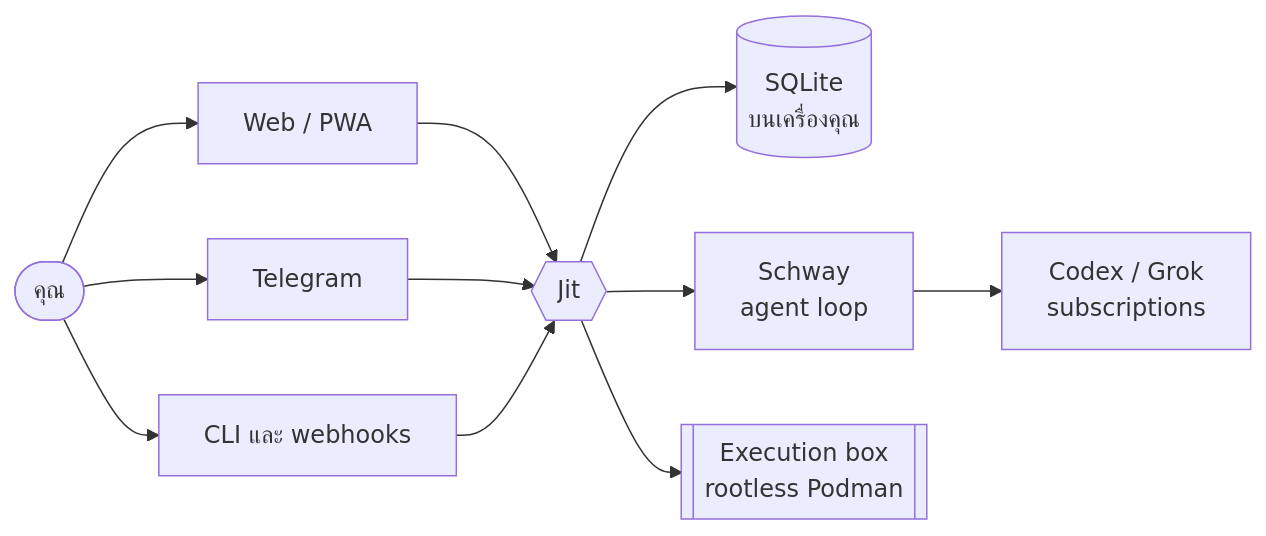
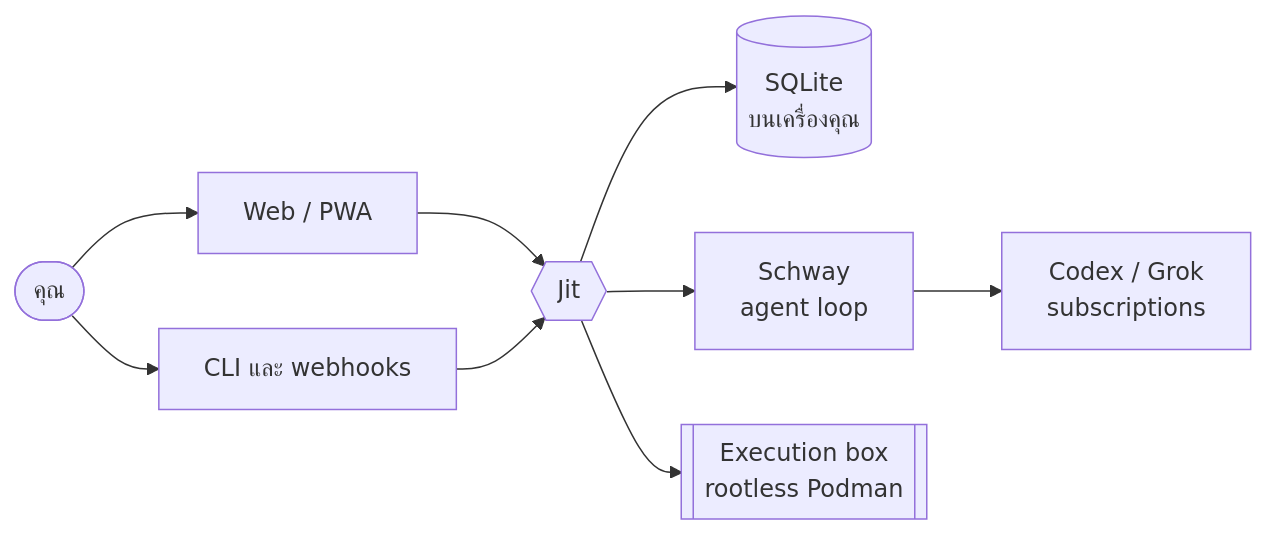
One commit to chayapats/jit changed the diagram in README.th.md. Above: the diagram before and after it, drawn with Mermaid. The commit also changed other lines of this file and 50 other files, not shown here.

````diff
--- a/README.th.md
+++ b/README.th.md
@@ -70,11 +70,10 @@
 ```mermaid
 flowchart LR
   you([คุณ]) --> web[Web / PWA]
-  you --> tg[Telegram]
   you --> cli[CLI และ webhooks]
-  web & tg & cli --> jit{{Jit}}
+  web & cli --> jit{{Jit}}
   jit --> db[(SQLite<br/>บนเครื่องคุณ)]
   jit --> schway[Schway<br/>agent loop]
   schway --> models[Codex / Grok<br/>subscriptions]
   jit --> box[[Execution box<br/>rootless Podman]]
 ```
````
